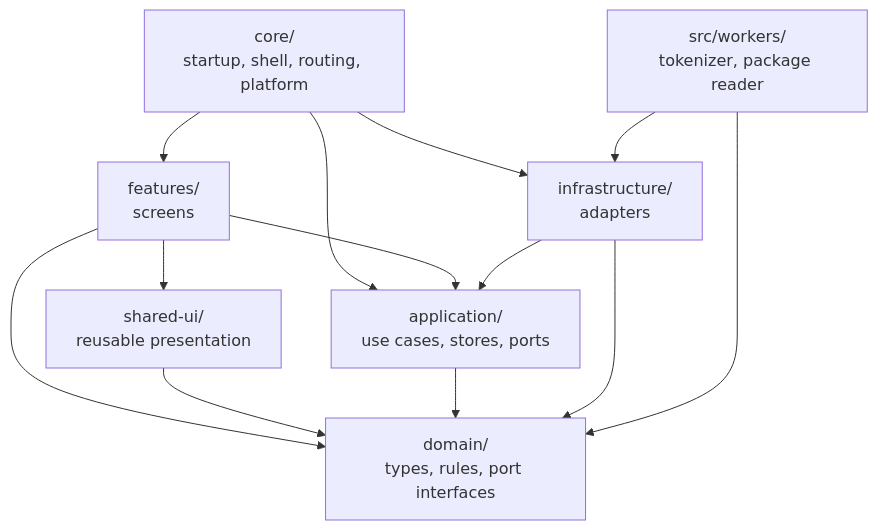
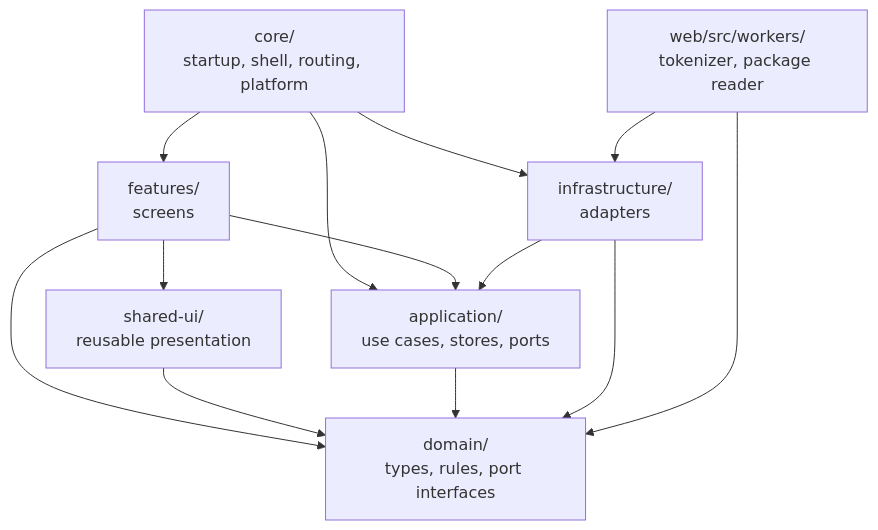
Before and after one commit to tobiaslrn/monosai: the first of 3 diagrams in docs/arc42/05-building-block-view.md, drawn with Mermaid. The commit also changed other lines of this file and 739 other files, not shown here.

````diff
--- a/docs/arc42/05-building-block-view.md
+++ b/docs/arc42/05-building-block-view.md
@@ -14,23 +14,23 @@
 ```mermaid
 flowchart TB
     core["core/<br/>startup, shell, routing, platform"]
     features["features/<br/>screens"]
     sharedui["shared-ui/<br/>reusable presentation"]
     application["application/<br/>use cases, stores, ports"]
     infrastructure["infrastructure/<br/>adapters"]
-    workers["src/workers/<br/>tokenizer, package reader"]
+    workers["web/src/workers/<br/>tokenizer, package reader"]
     domain["domain/<br/>types, rules, port interfaces"]
 
     core --> features
     core --> application
     core --> infrastructure
     features --> application
     features --> sharedui
     features --> domain
     sharedui --> domain
     application --> domain
     infrastructure --> application
     infrastructure --> domain
     workers --> infrastructure
     workers --> domain
 ```
````
